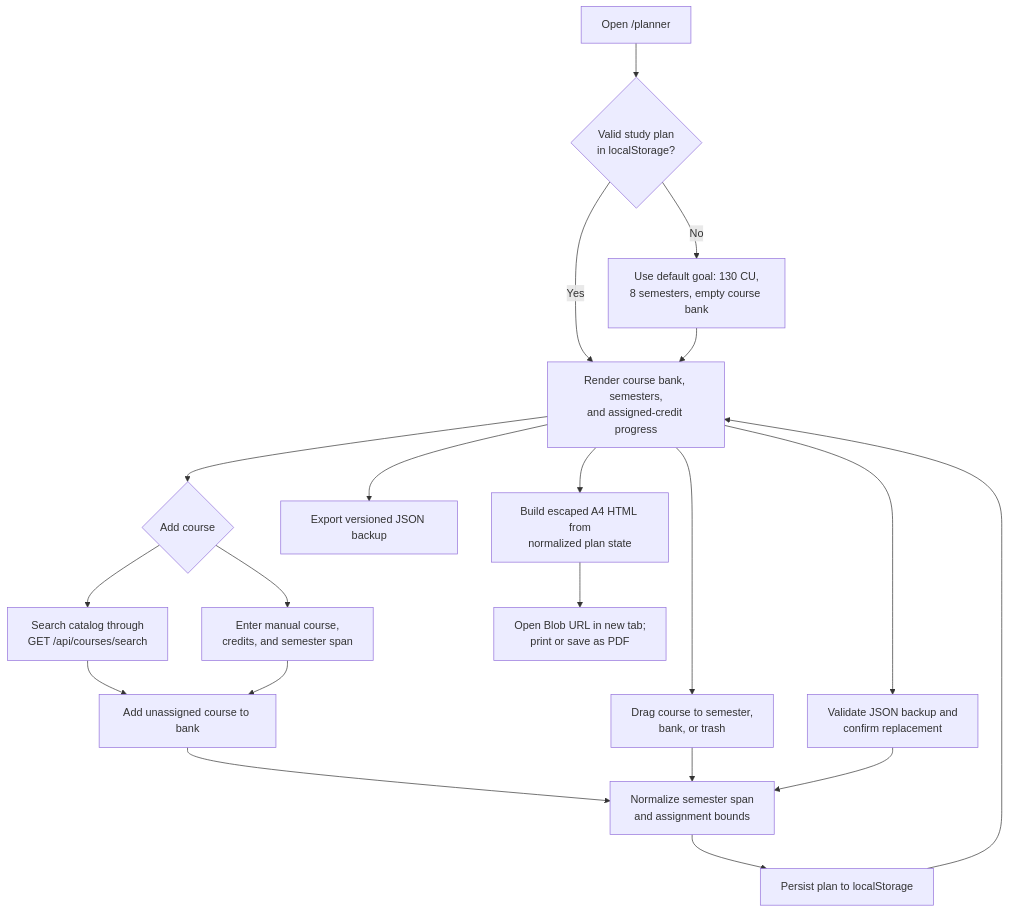
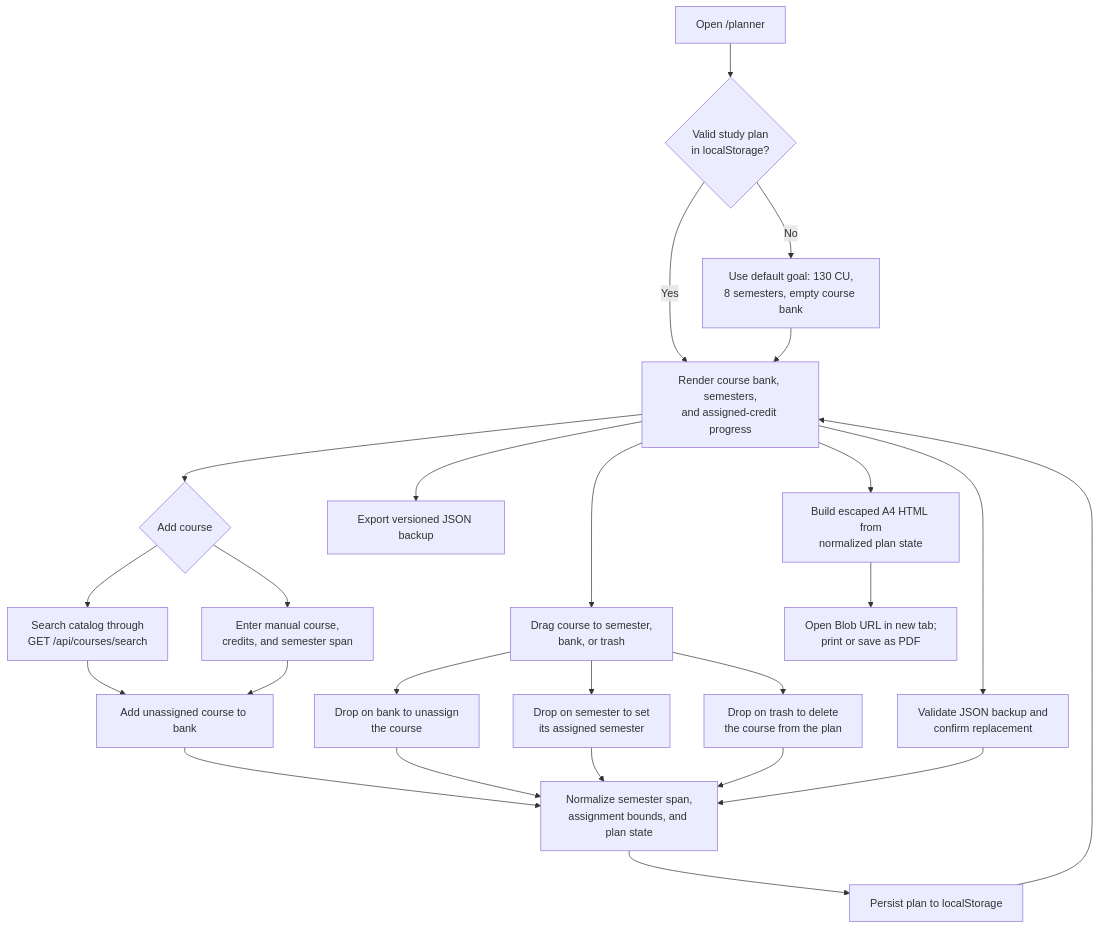
The fifth of 14 diagrams in docs/DeveloperGuide.md (lester-td/SUSSplanner), drawn with Mermaid before and after one commit. The commit also changed other lines of this file, not shown here.

Commit message:
Update DeveloperGuide.md
Updated DeveloperGuide to reflect changes made to semester planner such as implementation change from HTML to dnd-kit.

````diff
--- a/docs/DeveloperGuide.md
+++ b/docs/DeveloperGuide.md
@@ -617,38 +617,46 @@
 ```mermaid
 flowchart TD
     Open["Open /planner"]
     Restore{"Valid study plan<br/>in localStorage?"}
     Default["Use default goal: 130 CU,<br/>8 semesters, empty course bank"]
     Ready["Render course bank, semesters,<br/>and assigned-credit progress"]
     Add{"Add course"}
     Catalog["Search catalog through<br/>GET /api/courses/search"]
     Manual["Enter manual course,<br/>credits, and semester span"]
     Bank["Add unassigned course to bank"]
     Arrange["Drag course to semester,<br/>bank, or trash"]
-    Normalize["Normalize semester span<br/>and assignment bounds"]
+    BankDrop["Drop on bank to unassign<br/>the course"]
+    SemesterDrop["Drop on semester to set<br/>its assigned semester"]
+    TrashDrop["Drop on trash to delete<br/>the course from the plan"]
+    Normalize["Normalize semester span,<br/>assignment bounds, and plan state"]
     Persist["Persist plan to localStorage"]
     Export["Export versioned JSON backup"]
     Import["Validate JSON backup and<br/>confirm replacement"]
     Print["Build escaped A4 HTML from<br/>normalized plan state"]
     PrintTab["Open Blob URL in new tab;<br/>print or save as PDF"]
 
     Open --> Restore
     Restore -->|No| Default
     Restore -->|Yes| Ready
     Default --> Ready
     Ready --> Add
     Add --> Catalog
     Add --> Manual
     Catalog --> Bank
     Manual --> Bank
     Bank --> Normalize
     Ready --> Arrange
-    Arrange --> Normalize
+    Arrange --> BankDrop
+    Arrange --> SemesterDrop
+    Arrange --> TrashDrop
+    BankDrop --> Normalize
+    SemesterDrop --> Normalize
+    TrashDrop --> Normalize
     Normalize --> Persist
     Persist --> Ready
     Ready --> Export
     Ready --> Import
     Import --> Normalize
     Ready --> Print
     Print --> PrintTab
 ```
````
